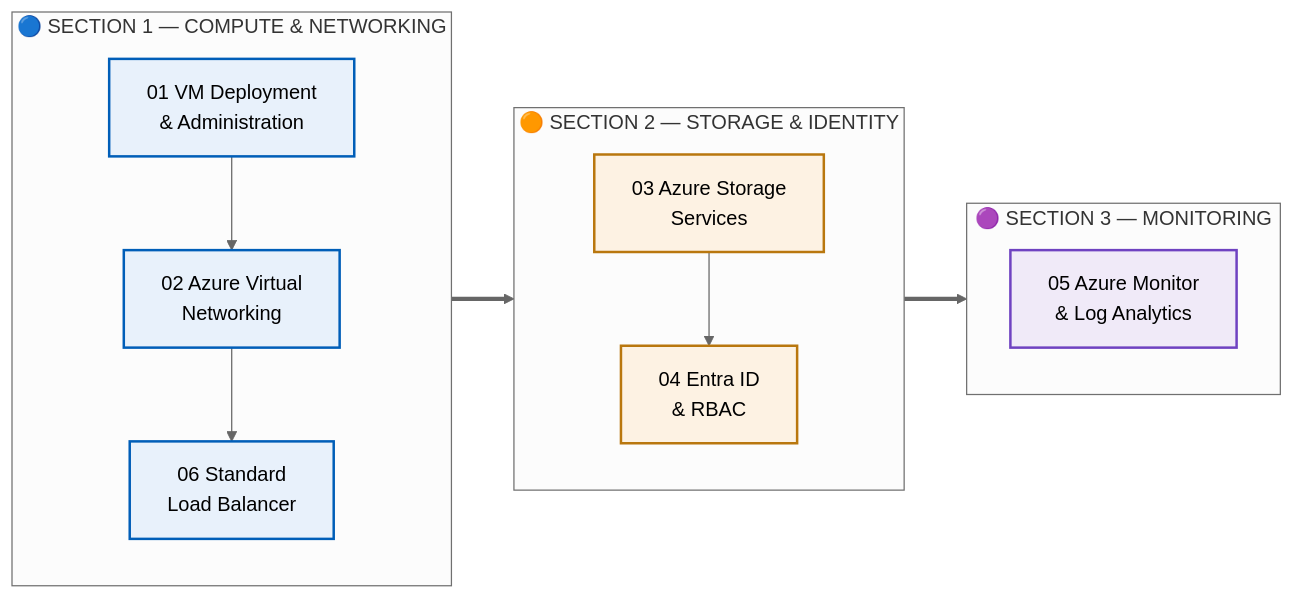
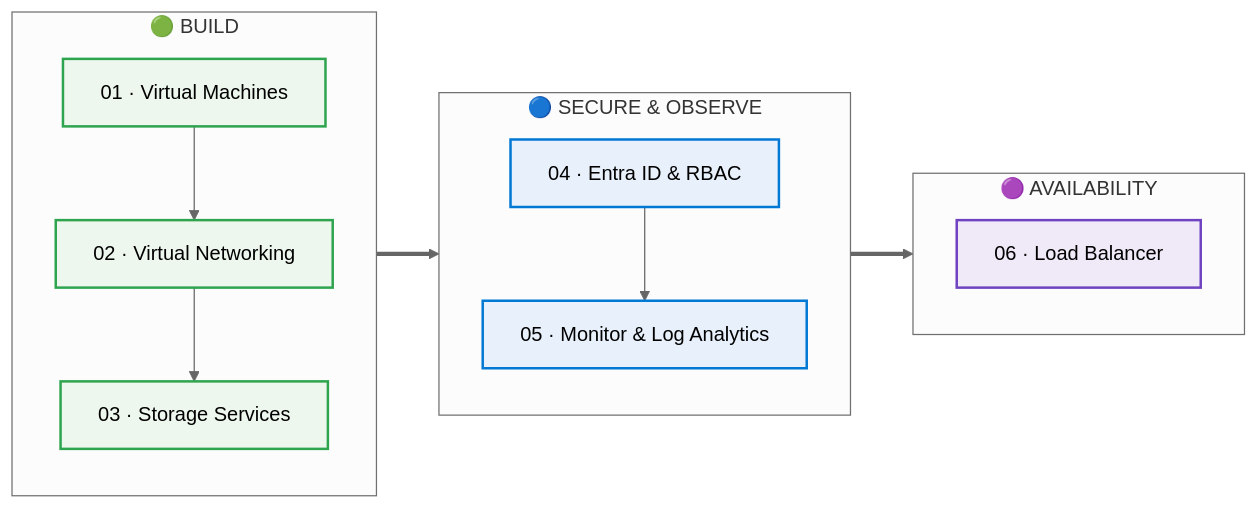
The first of 2 diagrams in README.md (malaika-azhar/Cloud-Infrastructure-Engineering), drawn with Mermaid (neutral theme) before and after one commit. The commit also changed other lines of this file, not shown here.

````diff
--- a/README.md
+++ b/README.md
@@ -137,23 +137,23 @@
 ```mermaid
 flowchart LR
-    subgraph S1["🔵 SECTION 1 — COMPUTE & NETWORKING"]
+    subgraph B["🟢 BUILD"]
         direction TB
-        A1["01 VM Deployment<br/>& Administration"] --> A2["02 Azure Virtual<br/>Networking"] --> A3["06 Standard<br/>Load Balancer"]
+        P1["01 · Virtual Machines"] --> P2["02 · Virtual Networking"] --> P3["03 · Storage Services"]
     end
-    subgraph S2["🟠 SECTION 2 — STORAGE & IDENTITY"]
+    subgraph S["🔵 SECURE & OBSERVE"]
         direction TB
-        B1["03 Azure Storage<br/>Services"] --> B2["04 Entra ID<br/>& RBAC"]
+        P4["04 · Entra ID & RBAC"] --> P5["05 · Monitor & Log Analytics"]
     end
-    subgraph S3["🟣 SECTION 3 — MONITORING"]
+    subgraph A["🟣 AVAILABILITY"]
         direction TB
-        C1["05 Azure Monitor<br/>& Log Analytics"]
+        P6["06 · Load Balancer"]
     end
-    S1 ==> S2 ==> S3
+    B ==> S ==> A
 
-    classDef one fill:#e8f1fb,stroke:#005EB8,stroke-width:2px,color:#000
-    classDef two fill:#fdf2e3,stroke:#B9770E,stroke-width:2px,color:#000
+    classDef one fill:#eef7ee,stroke:#2ea44f,stroke-width:2px,color:#000
+    classDef two fill:#e8f1fb,stroke:#0078D4,stroke-width:2px,color:#000
     classDef three fill:#f0eaf8,stroke:#6f42c1,stroke-width:2px,color:#000
-    class A1,A2,A3 one
-    class B1,B2 two
-    class C1 three
+    class P1,P2,P3 one
+    class P4,P5 two
+    class P6 three
 ```
````
